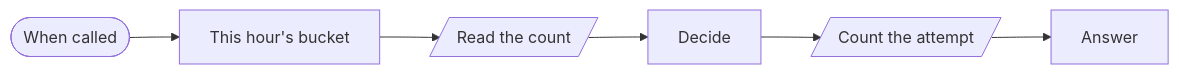
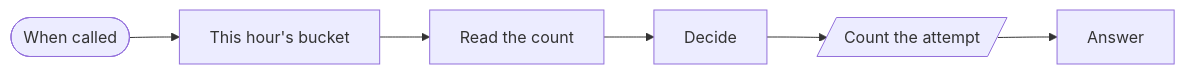
One commit to kimjoshuadr/n8n-workflows changed the third of 4 diagrams in blocks/reliability/README.md. Above: the diagram before and after it, drawn with Mermaid. The commit also changed other lines of this file and 184 other files, not shown here.

Commit message:
Finish the move to named platforms: blocks, BambooHR, generated README, schema and platform marks

````diff
--- a/blocks/reliability/README.md
+++ b/blocks/reliability/README.md
@@ -84,14 +78,14 @@
 ```mermaid
 flowchart LR
   nxyuboc(["When called"])
   n17xnp7j["This hour's bucket"]
-  nldq4d[/"Read the count"/]
+  nldq4d["Read the count"]
   n1ti2wcv["Decide"]
   ny6ql3a[/"Count the attempt"/]
   n1s86opx["Answer"]
   nxyuboc --> n17xnp7j
   n17xnp7j --> nldq4d
   nldq4d --> n1ti2wcv
   n1ti2wcv --> ny6ql3a
   ny6ql3a --> n1s86opx
 ```
````
